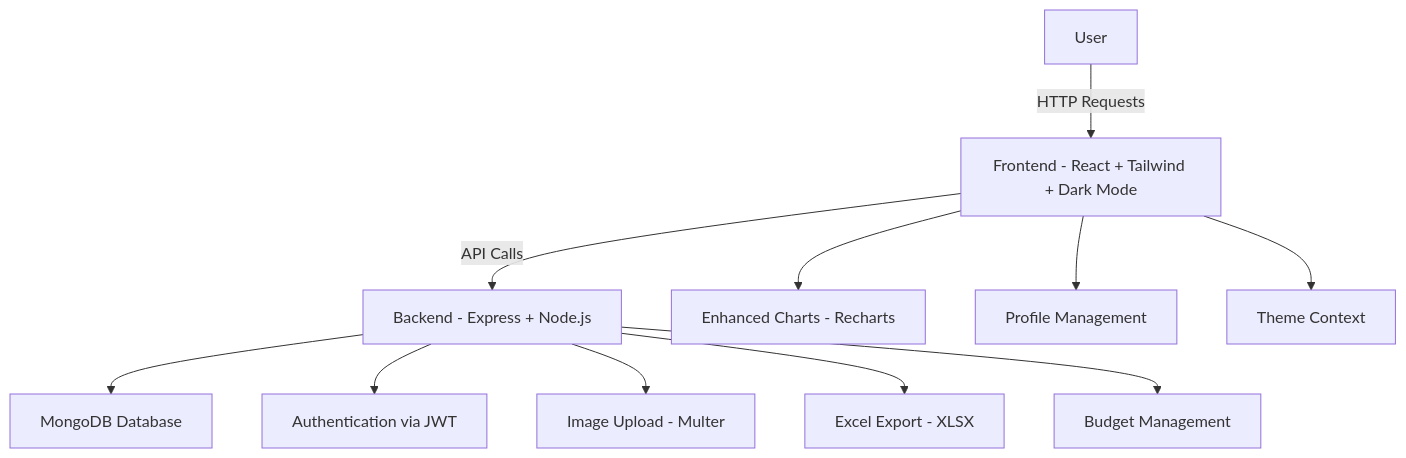
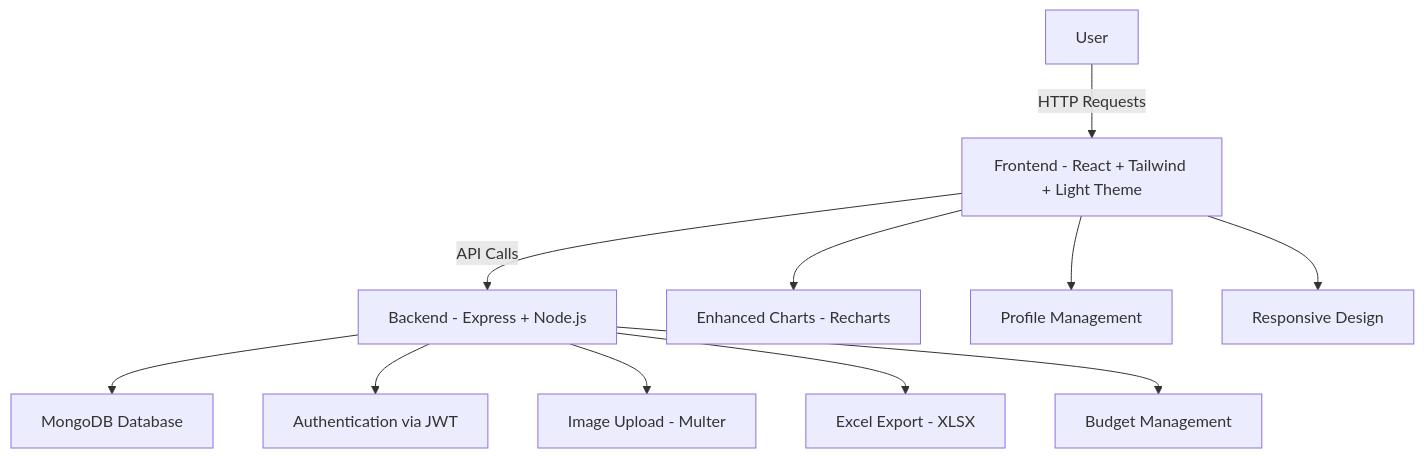
The diagram in README.md (jcobsntos/expense-tracker-web-app), drawn with Mermaid before and after one commit. The commit also changed other lines of this file, not shown here.

Commit message:
Update README: Replace dark mode references with light theme optimization

````diff
--- a/README.md
+++ b/README.md
@@ -106,13 +106,13 @@
 ```mermaid
 flowchart TD
-    User[User] -->|HTTP Requests| A[Frontend - React + Tailwind + Dark Mode]
+    User[User] -->|HTTP Requests| A[Frontend - React + Tailwind + Light Theme]
     A -->|API Calls| B[Backend - Express + Node.js]
     B --> C[MongoDB Database]
     B --> D[Authentication via JWT]
     B --> E[Image Upload - Multer]
     B --> F[Excel Export - XLSX]
     B --> G[Budget Management]
     A --> H[Enhanced Charts - Recharts]
     A --> I[Profile Management]
-    A --> J[Theme Context]
+    A --> J[Responsive Design]
 ```
````
